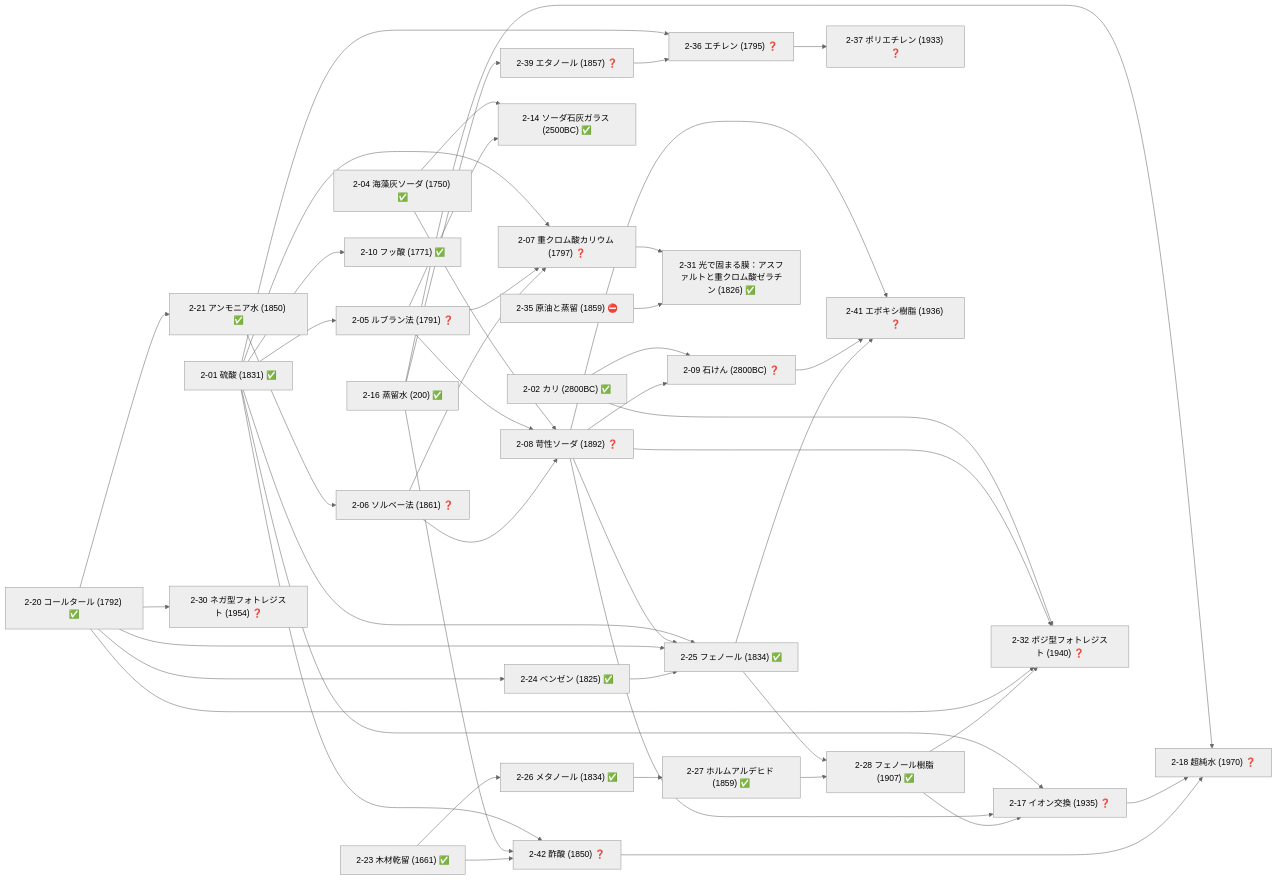
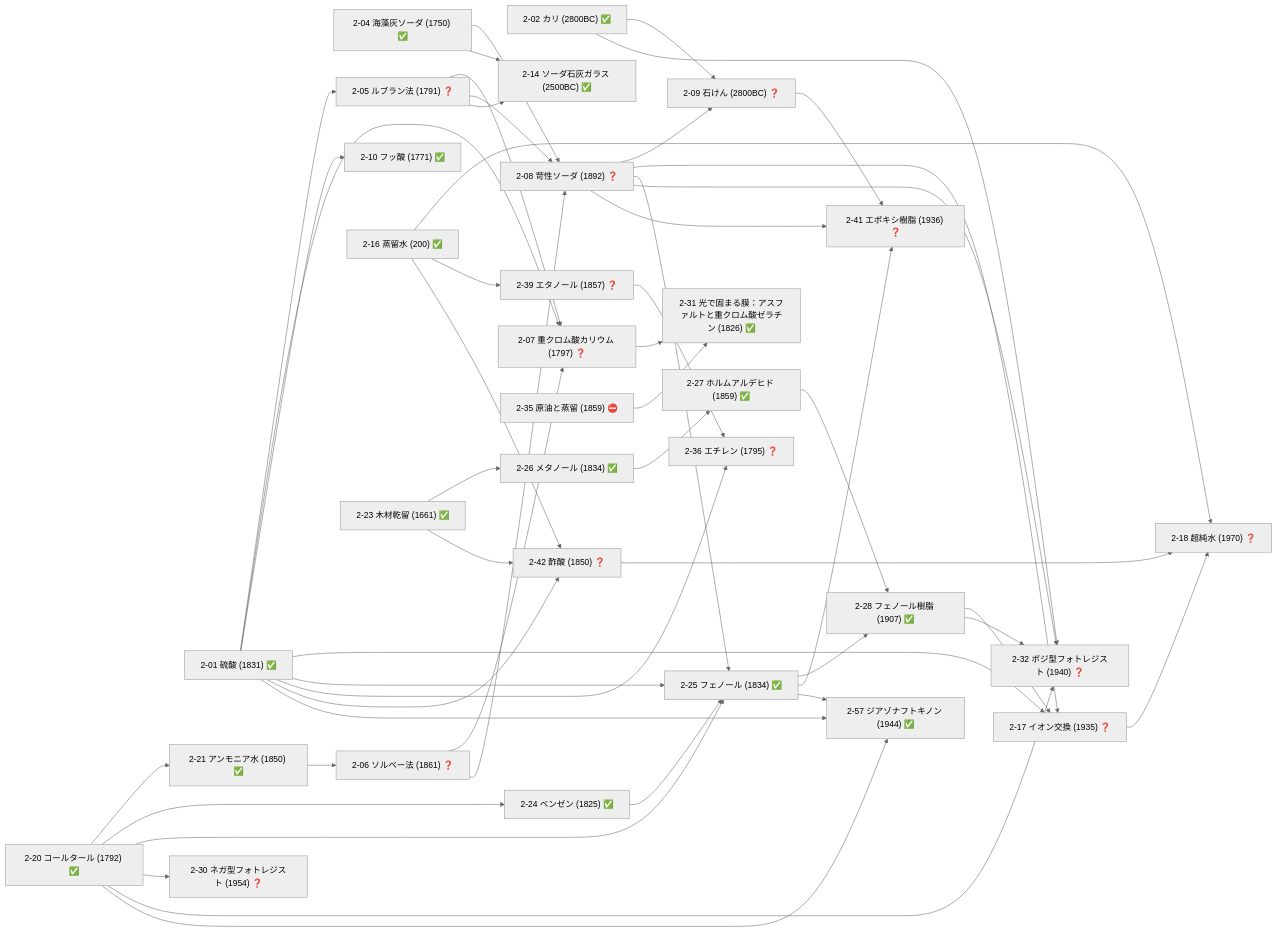
The fifth of 19 diagrams in docs/TECH_TREE_VIEW.md (taku3i0317-collab/semiconductor-lab), drawn with Mermaid (neutral theme) before and after one commit. The commit also changed other lines of this file and 8 other files, not shown here.

````diff
--- a/docs/TECH_TREE_VIEW.md
+++ b/docs/TECH_TREE_VIEW.md
@@ -245,79 +245,81 @@
 ```mermaid
 graph LR
   n2_01["2-01 硫酸 (1831) ✅"]
   n2_02["2-02 カリ (2800BC) ✅"]
   n2_04["2-04 海藻灰ソーダ (1750) ✅"]
   n2_05["2-05 ルブラン法 (1791) ❓"]
   n2_06["2-06 ソルベー法 (1861) ❓"]
   n2_07["2-07 重クロム酸カリウム (1797) ❓"]
   n2_08["2-08 苛性ソーダ (1892) ❓"]
   n2_09["2-09 石けん (2800BC) ❓"]
   n2_10["2-10 フッ酸 (1771) ✅"]
   n2_14["2-14 ソーダ石灰ガラス (2500BC) ✅"]
   n2_16["2-16 蒸留水 (200) ✅"]
   n2_17["2-17 イオン交換 (1935) ❓"]
   n2_18["2-18 超純水 (1970) ❓"]
   n2_20["2-20 コールタール (1792) ✅"]
   n2_21["2-21 アンモニア水 (1850) ✅"]
   n2_23["2-23 木材乾留 (1661) ✅"]
   n2_24["2-24 ベンゼン (1825) ✅"]
   n2_25["2-25 フェノール (1834) ✅"]
   n2_26["2-26 メタノール (1834) ✅"]
   n2_27["2-27 ホルムアルデヒド (1859) ✅"]
   n2_28["2-28 フェノール樹脂 (1907) ✅"]
   n2_30["2-30 ネガ型フォトレジスト (1954) ❓"]
   n2_31["2-31 光で固まる膜：アスファルトと重クロム酸ゼラチン (1826) ✅"]
   n2_32["2-32 ポジ型フォトレジスト (1940) ❓"]
   n2_35["2-35 原油と蒸留 (1859) ⛔"]
   n2_36["2-36 エチレン (1795) ❓"]
-  n2_37["2-37 ポリエチレン (1933) ❓"]
   n2_39["2-39 エタノール (1857) ❓"]
   n2_41["2-41 エポキシ樹脂 (1936) ❓"]
   n2_42["2-42 酢酸 (1850) ❓"]
+  n2_57["2-57 ジアゾナフトキノン (1944) ✅"]
   n2_01-->n2_05
   n2_21-->n2_06
   n2_01-->n2_07
   n2_05-->n2_07
   n2_06-->n2_07
   n2_04-->n2_08
   n2_05-->n2_08
   n2_06-->n2_08
   n2_02-->n2_09
   n2_08-->n2_09
   n2_01-->n2_10
   n2_04-->n2_14
   n2_05-->n2_14
   n2_01-->n2_17
   n2_08-->n2_17
   n2_28-->n2_17
   n2_16-->n2_18
   n2_17-->n2_18
   n2_42-->n2_18
   n2_20-->n2_21
   n2_20-->n2_24
   n2_01-->n2_25
   n2_08-->n2_25
   n2_20-->n2_25
   n2_24-->n2_25
   n2_23-->n2_26
   n2_26-->n2_27
   n2_25-->n2_28
   n2_27-->n2_28
   n2_20-->n2_30
   n2_07-->n2_31
   n2_35-->n2_31
   n2_02-->n2_32
   n2_08-->n2_32
   n2_20-->n2_32
   n2_28-->n2_32
   n2_01-->n2_36
   n2_39-->n2_36
-  n2_36-->n2_37
   n2_16-->n2_39
   n2_08-->n2_41
   n2_09-->n2_41
   n2_25-->n2_41
   n2_01-->n2_42
   n2_16-->n2_42
   n2_23-->n2_42
+  n2_01-->n2_57
+  n2_20-->n2_57
+  n2_25-->n2_57
 ```
````
